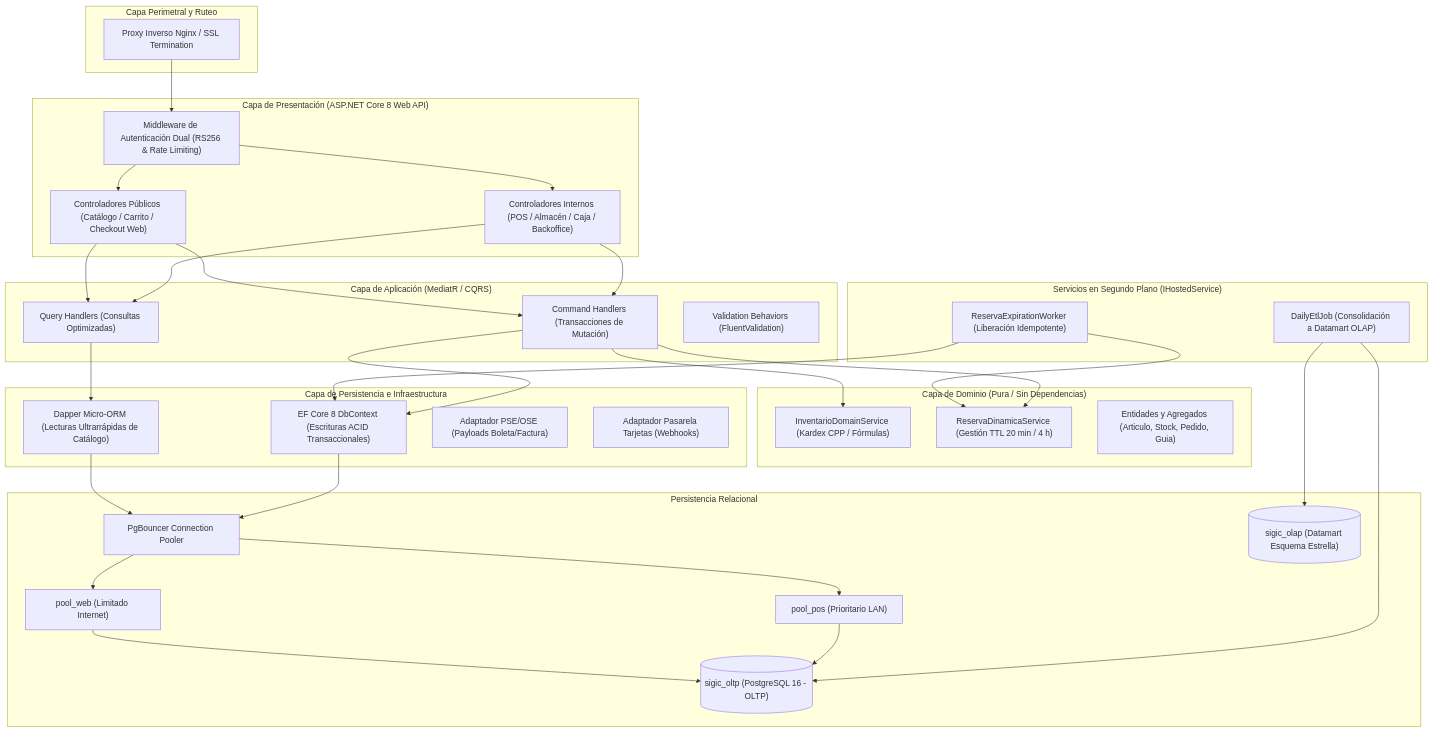
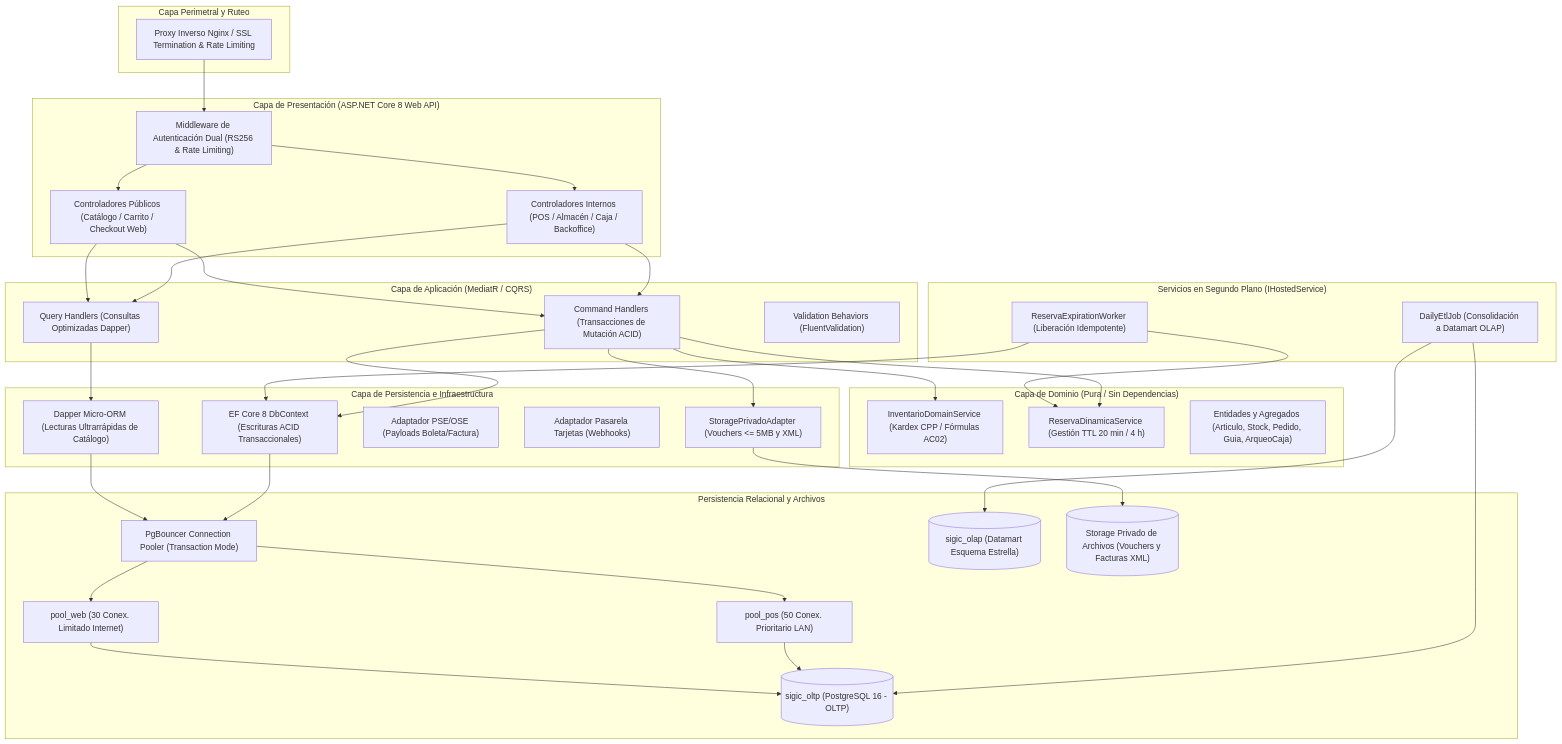
Before and after one commit to Crhisxp/SIGIC-arquitSoft-proyecto-final: the first of 2 diagrams in 02-arquitectura-software/componentes-arquitectonicos.md, drawn with Mermaid. The commit also changed other lines of this file and 53 other files, not shown here.

````diff
--- a/02-arquitectura-software/componentes-arquitectonicos.md
+++ b/02-arquitectura-software/componentes-arquitectonicos.md
@@ -14,66 +27,70 @@
 ```mermaid
 graph TD
     subgraph Edge ["Capa Perimetral y Ruteo"]
-        NGINX["Proxy Inverso Nginx / SSL Termination"]
+        NGINX["Proxy Inverso Nginx / SSL Termination & Rate Limiting"]
     end
 
     subgraph Presentation ["Capa de Presentación (ASP.NET Core 8 Web API)"]
         CTRL_INT["Controladores Internos (POS / Almacén / Caja / Backoffice)"]
         CTRL_PUB["Controladores Públicos (Catálogo / Carrito / Checkout Web)"]
         AUTH_MW["Middleware de Autenticación Dual (RS256 & Rate Limiting)"]
     end
 
     subgraph Application ["Capa de Aplicación (MediatR / CQRS)"]
-        CMD_HDLR["Command Handlers (Transacciones de Mutación)"]
-        QRY_HDLR["Query Handlers (Consultas Optimizadas)"]
+        CMD_HDLR["Command Handlers (Transacciones de Mutación ACID)"]
+        QRY_HDLR["Query Handlers (Consultas Optimizadas Dapper)"]
         VAL_BEH["Validation Behaviors (FluentValidation)"]
     end
 
     subgraph Domain ["Capa de Dominio (Pura / Sin Dependencias)"]
-        DOM_INV["InventarioDomainService (Kardex CPP / Fórmulas)"]
+        DOM_INV["InventarioDomainService (Kardex CPP / Fórmulas AC02)"]
         DOM_RES["ReservaDinamicaService (Gestión TTL 20 min / 4 h)"]
-        ENTITIES["Entidades y Agregados (Articulo, Stock, Pedido, Guia)"]
+        ENTITIES["Entidades y Agregados (Articulo, Stock, Pedido, Guia, ArqueoCaja)"]
     end
 
     subgraph Background ["Servicios en Segundo Plano (IHostedService)"]
         WORKER_EXP["ReservaExpirationWorker (Liberación Idempotente)"]
         WORKER_ETL["DailyEtlJob (Consolidación a Datamart OLAP)"]
     end
 
     subgraph Infrastructure ["Capa de Persistencia e Infraestructura"]
         EF_CORE["EF Core 8 DbContext (Escrituras ACID Transaccionales)"]
         DAPPER["Dapper Micro-ORM (Lecturas Ultrarrápidas de Catálogo)"]
         ADAPTER_PSE["Adaptador PSE/OSE (Payloads Boleta/Factura)"]
         ADAPTER_PAY["Adaptador Pasarela Tarjetas (Webhooks)"]
+        ADAPTER_STOR["StoragePrivadoAdapter (Vouchers <= 5MB y XML)"]
     end
 
-    subgraph Storage ["Persistencia Relacional"]
-        PGBOUNCER["PgBouncer Connection Pooler"]
-        POOL_POS["pool_pos (Prioritario LAN)"]
-        POOL_WEB["pool_web (Limitado Internet)"]
+    subgraph Storage ["Persistencia Relacional y Archivos"]
+        PGBOUNCER["PgBouncer Connection Pooler (Transaction Mode)"]
+        POOL_POS["pool_pos (50 Conex. Prioritario LAN)"]
+        POOL_WEB["pool_web (30 Conex. Limitado Internet)"]
         DB_OLTP[("sigic_oltp (PostgreSQL 16 - OLTP)")]
         DB_OLAP[("sigic_olap (Datamart Esquema Estrella)")]
+        STORAGE_PRIV[("Storage Privado de Archivos (Vouchers y Facturas XML)")]
     end
 
     NGINX --> AUTH_MW
     AUTH_MW --> CTRL_INT
     AUTH_MW --> CTRL_PUB
     CTRL_INT --> CMD_HDLR
     CTRL_INT --> QRY_HDLR
     CTRL_PUB --> CMD_HDLR
     CTRL_PUB --> QRY_HDLR
     CMD_HDLR --> DOM_INV
     CMD_HDLR --> DOM_RES
     CMD_HDLR --> EF_CORE
+    CMD_HDLR --> ADAPTER_STOR
     QRY_HDLR --> DAPPER
     WORKER_EXP --> DOM_RES
     WORKER_EXP --> EF_CORE
     WORKER_ETL --> DB_OLTP
     WORKER_ETL --> DB_OLAP
     EF_CORE --> PGBOUNCER
     DAPPER --> PGBOUNCER
+    ADAPTER_STOR --> STORAGE_PRIV
     PGBOUNCER --> POOL_POS
     PGBOUNCER --> POOL_WEB
     POOL_POS --> DB_OLTP
     POOL_WEB --> DB_OLTP
 ```
````
